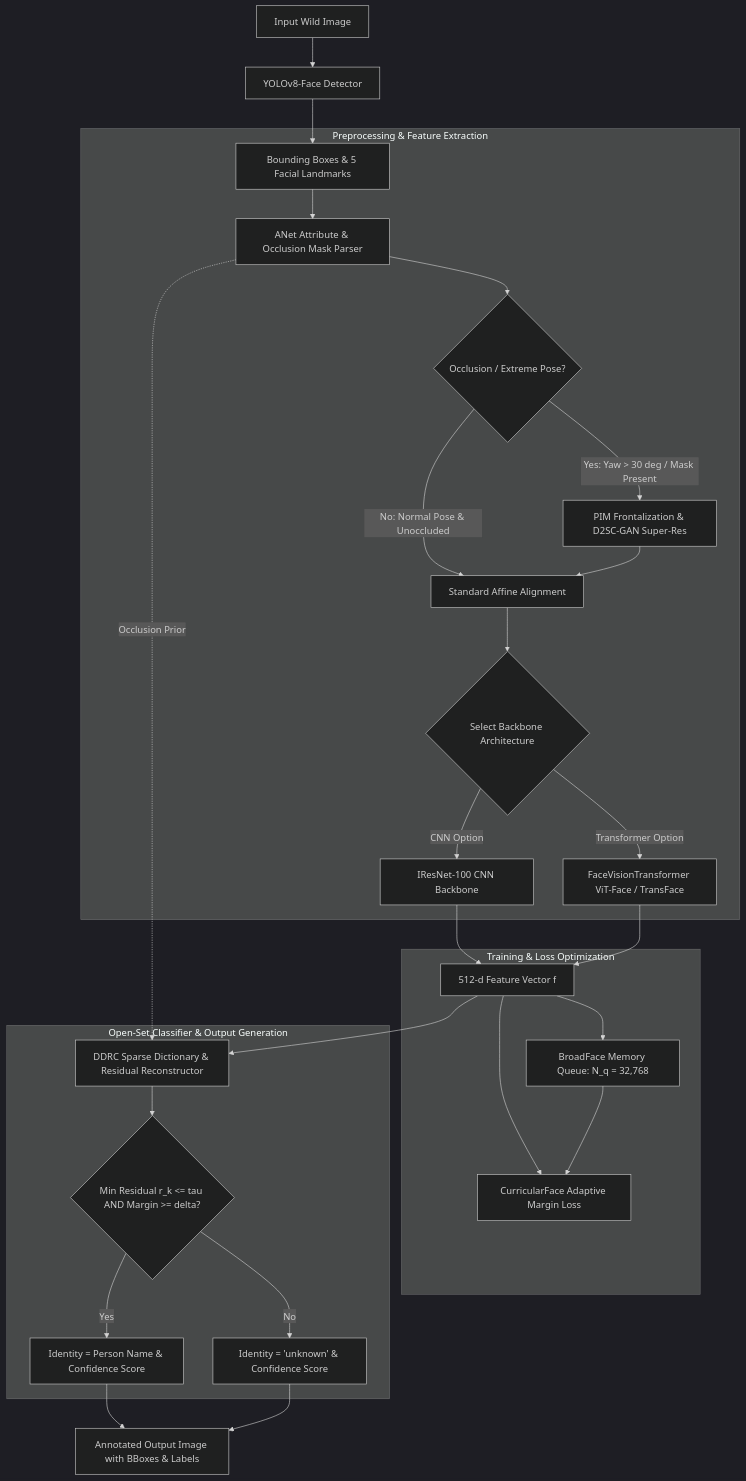
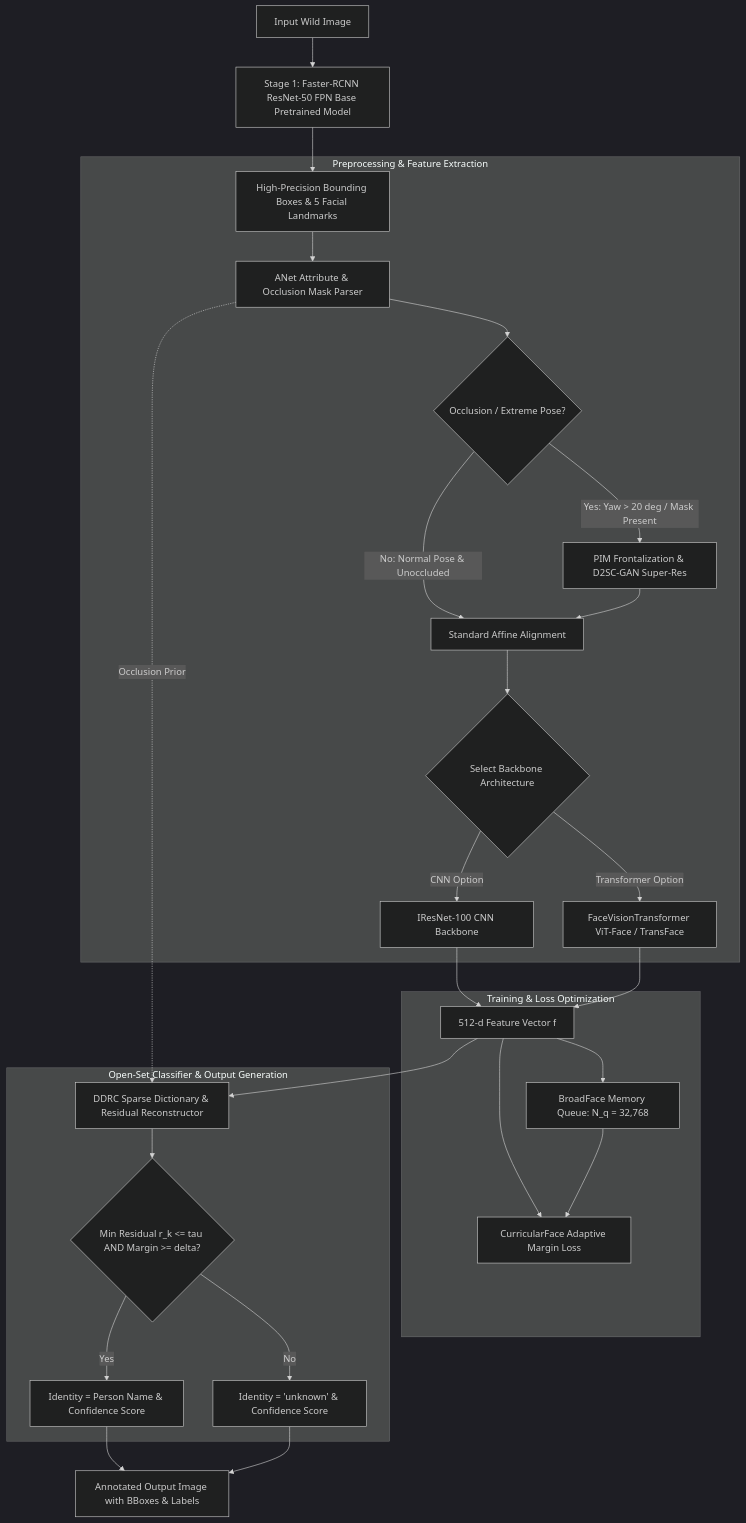
Before and after one commit to akshat-1/Face-Recognition-In-Wild: the sixth of 9 diagrams in context.md, drawn with Mermaid (dark theme). The commit also changed other lines of this file and 1 other file, not shown here.

Commit message:
docs: Update Section 5 of context.md to set Faster-RCNN ResNet-50 FPN as base pretrained model architecture

````diff
--- a/context.md
+++ b/context.md
@@ -295,35 +295,35 @@
 ```mermaid
 flowchart TD
-    RawImg[Input Wild Image] --> YOLOFace[YOLOv8-Face Detector]
-    YOLOFace --> BBoxes[Bounding Boxes & 5 Facial Landmarks]
+    RawImg[Input Wild Image] --> FasterRCNN[Stage 1: Faster-RCNN ResNet-50 FPN Base Pretrained Model]
+    FasterRCNN --> BBoxes[High-Precision Bounding Boxes & 5 Facial Landmarks]
     
     subgraph Preprocessing & Feature Extraction
         BBoxes --> LNetANet[ANet Attribute & Occlusion Mask Parser]
         LNetANet --> OccCheck{Occlusion / Extreme Pose?}
-        OccCheck -- Yes: Yaw > 30 deg / Mask Present --> PIM[PIM Frontalization & D2SC-GAN Super-Res]
+        OccCheck -- Yes: Yaw > 20 deg / Mask Present --> PIM[PIM Frontalization & D2SC-GAN Super-Res]
         OccCheck -- No: Normal Pose & Unoccluded --> Align[Standard Affine Alignment]
         PIM --> Align
         Align --> BackboneChoice{Select Backbone Architecture}
         BackboneChoice -- CNN Option --> IResNet[IResNet-100 CNN Backbone]
         BackboneChoice -- Transformer Option --> ViTFace[FaceVisionTransformer ViT-Face / TransFace]
     end
 
     subgraph Training & Loss Optimization
         IResNet --> Embed[512-d Feature Vector f]
         ViTFace --> Embed
         Embed --> Curricular[CurricularFace Adaptive Margin Loss]
         Embed --> BroadQueue[BroadFace Memory Queue: N_q = 32,768]
         BroadQueue --> Curricular
     end
 
     subgraph Open-Set Classifier & Output Generation
         Embed --> DDRC[DDRC Sparse Dictionary & Residual Reconstructor]
         LNetANet -. Occlusion Prior .-> DDRC
         DDRC --> ResidualCheck{Min Residual r_k <= tau AND Margin >= delta?}
         ResidualCheck -- Yes --> KnownID[Identity = Person Name & Confidence Score]
         ResidualCheck -- No --> UnknownID[Identity = 'unknown' & Confidence Score]
     end
 
     KnownID --> FinalOutput[Annotated Output Image with BBoxes & Labels]
     UnknownID --> FinalOutput
 ```
````
